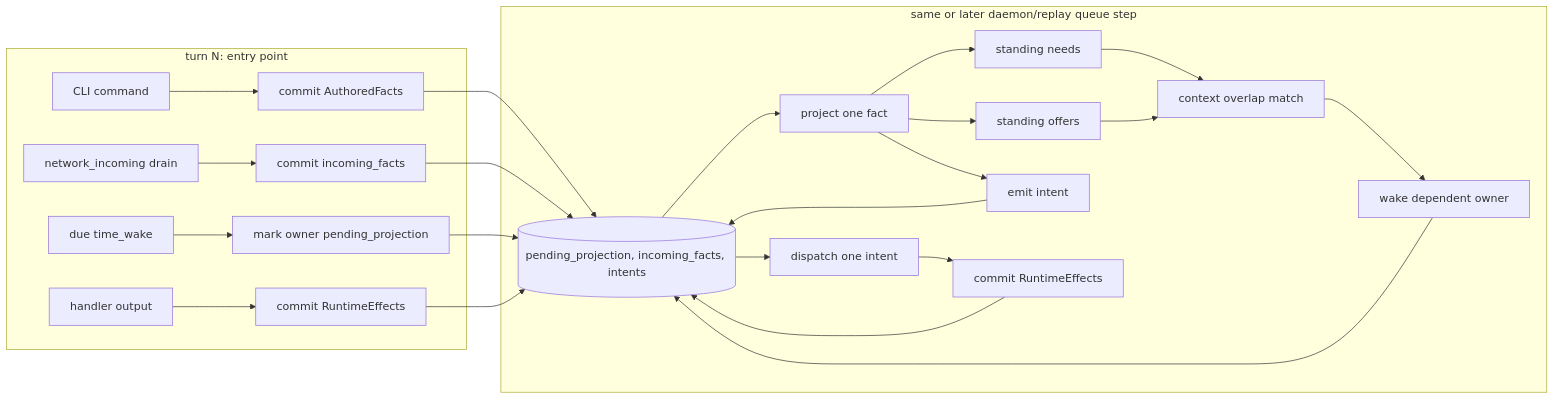
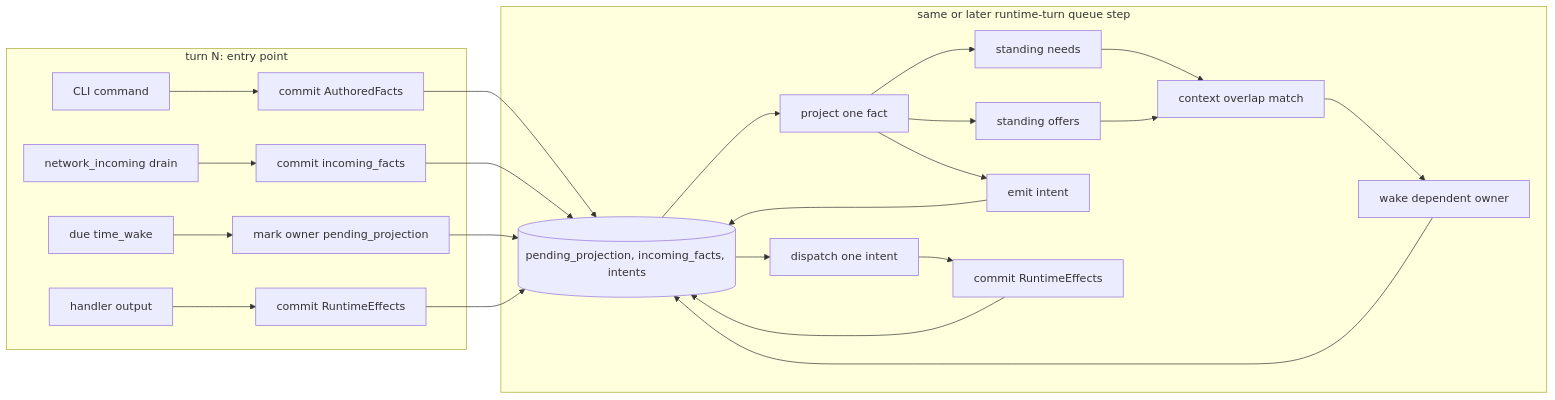
One commit to holmesworcester/poc-10 changed the eighth of 10 diagrams in ARCHITECTURE_DIAGRAMS.md. Above: the diagram before and after it, drawn with Mermaid. The commit also changed other lines of this file, not shown here.

Commit message:
Update architecture diagrams for runtime turns

````diff
--- a/ARCHITECTURE_DIAGRAMS.md
+++ b/ARCHITECTURE_DIAGRAMS.md
@@ -428,31 +429,31 @@
 ```mermaid
 %%{init: {"flowchart": {"wrappingWidth": 300}} }%%
 flowchart LR
     subgraph ENTRY["turn N: entry point"]
         CMD["CLI command"] --> AUTHORED["commit AuthoredFacts"]
         NET["network_incoming drain"] --> INCOMING["commit incoming_facts"]
         TIME["due time_wake"] --> WOKEN["mark owner pending_projection"]
         HANDLER_OUT["handler output"] --> EFFECTS_IN["commit RuntimeEffects"]
     end
 
     AUTHORED --> QUEUES[("pending_projection, incoming_facts, intents")]
     INCOMING --> QUEUES
     WOKEN --> QUEUES
     EFFECTS_IN --> QUEUES
 
-    subgraph DRAIN["same or later daemon/replay queue step"]
+    subgraph DRAIN["same or later runtime-turn queue step"]
         QUEUES --> PROJECT["project one fact"]
         PROJECT --> NEEDS["standing needs"]
         PROJECT --> OFFERS["standing offers"]
         NEEDS --> MATCH["context overlap match"]
         OFFERS --> MATCH
         MATCH --> WAKE["wake dependent owner"]
         PROJECT --> INTENT["emit intent"]
         QUEUES --> HANDLER["dispatch one intent"]
         HANDLER --> EFFECTS_OUT["commit RuntimeEffects"]
     end
 
     WAKE --> QUEUES
     INTENT --> QUEUES
     EFFECTS_OUT --> QUEUES
 ```
````
